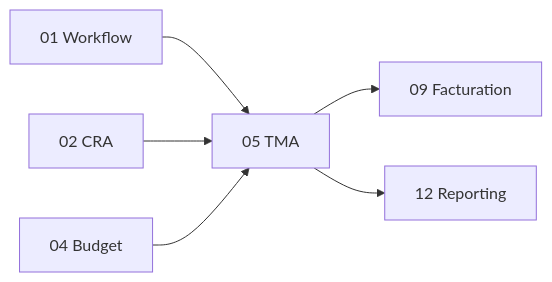
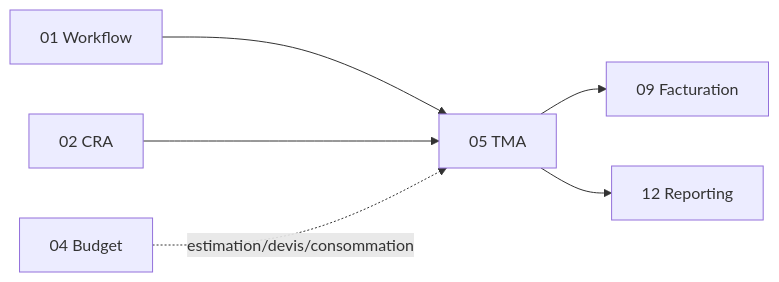
The diagram in technical/modules/05-tma.md (olegrand1976/kore), drawn with Mermaid before and after one commit. The commit also changed other lines of this file and 31 other files, not shown here.

First line of the commit message:
fix(tma): création sans budget défaut et erreurs BFF explicites

````diff
--- a/technical/modules/05-tma.md
+++ b/technical/modules/05-tma.md
@@ -20,8 +20,8 @@
 ```mermaid
 flowchart LR
   WF["01 Workflow"] --> TMA["05 TMA"]
   B02["02 CRA"] --> TMA
-  B04["04 Budget"] --> TMA
   TMA --> Fact["09 Facturation"]
   TMA --> Rep["12 Reporting"]
+  B04["04 Budget"] -.->|"estimation/devis/consommation"| TMA
 ```
````
